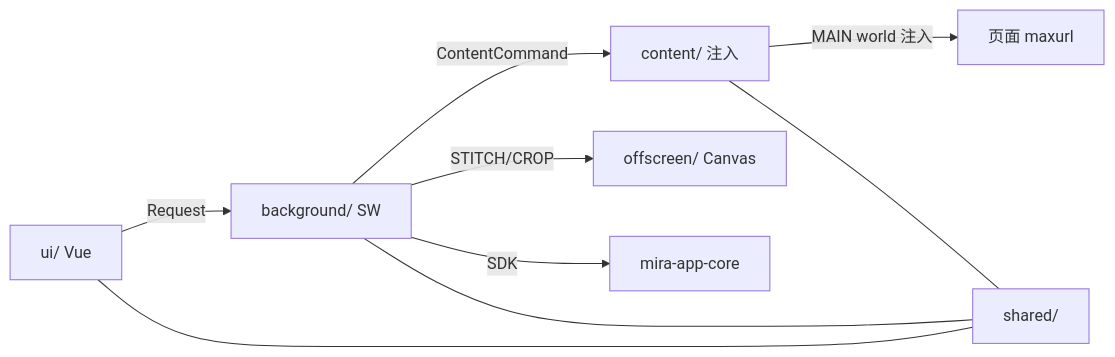
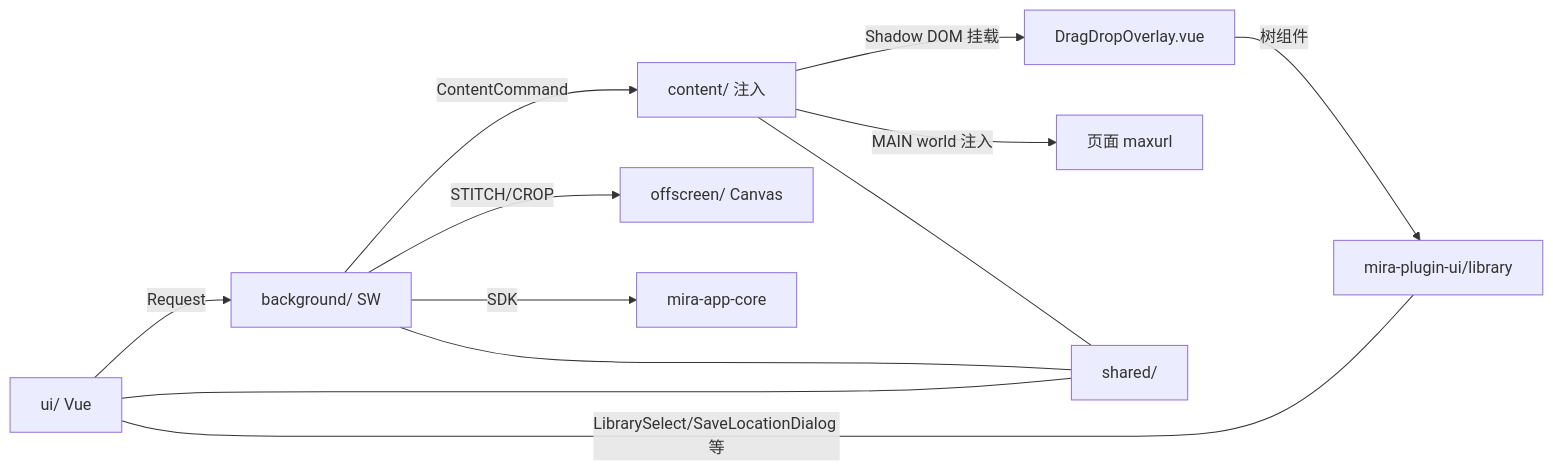
One commit to hunmer/mira changed the diagram in packages/mira-browser-extension/claude/module-responsibilities.md. Above: the diagram before and after it, drawn with Mermaid. The commit also changed other lines of this file and 200 other files, not shown here.

````diff
--- a/packages/mira-browser-extension/claude/module-responsibilities.md
+++ b/packages/mira-browser-extension/claude/module-responsibilities.md
@@ -70,9 +75,12 @@
 ```mermaid
 graph LR
   UI[ui/ Vue] -->|Request| BG[background/ SW]
   BG -->|ContentCommand| CT[content/ 注入]
   BG -->|STITCH/CROP| OFF[offscreen/ Canvas]
+  CT -->|Shadow DOM 挂载| OVL[DragDropOverlay.vue]
+  OVL -->|树组件| PUI[mira-plugin-ui/library]
   CT -->|MAIN world 注入| PG[页面 maxurl]
   BG -->|SDK| CORE[mira-app-core]
   UI & CT & BG --- SH[shared/]
+  UI ---|LibrarySelect/SaveLocationDialog 等| PUI
 ```
````
